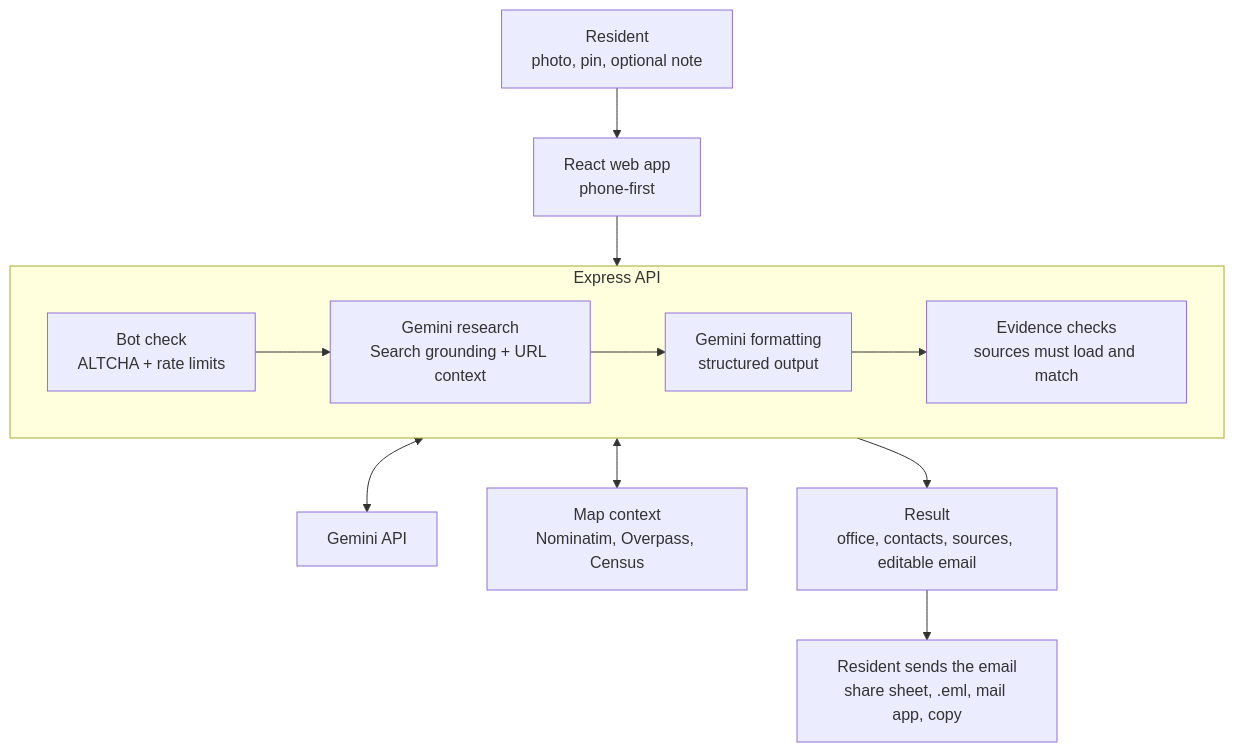
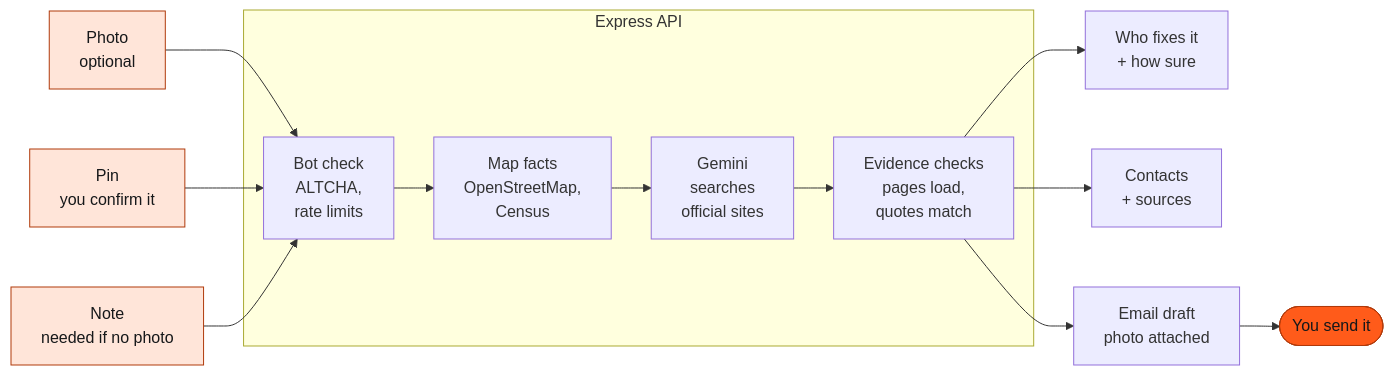
Before and after one commit to killerfrost22/fixplease.work: the diagram in README.md, drawn with Mermaid. The commit also changed other lines of this file and 1 other file, not shown here.

First line of the commit message:
docs: restructure README after openmct, with a horizontal flowchart

````diff
--- a/README.md
+++ b/README.md
@@ -101,15 +50,21 @@
 ```mermaid
-flowchart TD
-    R[Resident<br/>photo, pin, optional note] --> FE[React web app<br/>phone-first]
-    FE --> BE
+%%{init: {"flowchart": {"rankSpacing": 40, "nodeSpacing": 14}}}%%
+flowchart LR
+  P["Photo<br/>optional"] --> BOT
+  L["Pin<br/>you confirm it"] --> BOT
+  N["Note<br/>needed if no photo"] --> BOT
 
-    subgraph BE[Express API]
-        direction LR
-        BC[Bot check<br/>ALTCHA + rate limits] --> RES[Gemini research<br/>Search grounding + URL context] --> FMT[Gemini formatting<br/>structured output] --> EV[Evidence checks<br/>sources must load and match]
-    end
+  subgraph API["Express API"]
+    BOT["Bot check<br/>ALTCHA,<br/>rate limits"] --> MAP["Map facts<br/>OpenStreetMap,<br/>Census"] --> GEM["Gemini<br/>searches<br/>official sites"] --> VER["Evidence checks<br/>pages load,<br/>quotes match"]
+  end
 
-    RES <--> GEM[Gemini API]
-    BE <--> MAP[Map context<br/>Nominatim, Overpass, Census]
-    BE --> OUT[Result<br/>office, contacts, sources, editable email]
-    OUT --> SEND[Resident sends the email<br/>share sheet, .eml, mail app, copy]
+  VER --> R["Who fixes it<br/>+ how sure"]
+  VER --> C["Contacts<br/>+ sources"]
+  VER --> E["Email draft<br/>photo attached"]
+  E --> S(["You send it"])
+
+  classDef you fill:#ffe5d9,stroke:#b03a0b,color:#16181a
+  classDef send fill:#ff5b1a,stroke:#b03a0b,color:#16181a
+  class P,L,N you
+  class S send
 ```
````
